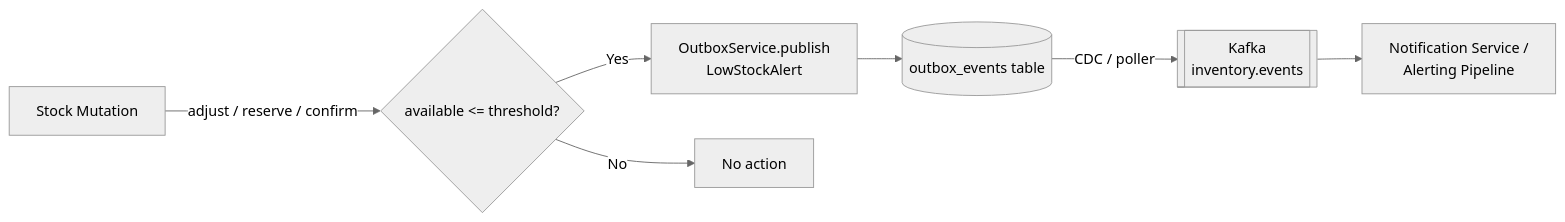
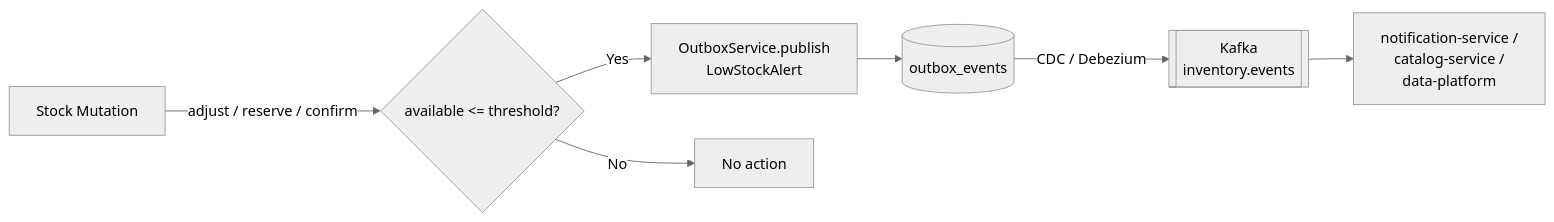
The seventh of 8 diagrams in services/inventory-service/README.md (sunitakeazycommerz-a11y/InstaCommerce), drawn with Mermaid (neutral theme) before and after one commit. The commit also changed other lines of this file and 554 other files, not shown here.

````diff
--- a/services/inventory-service/README.md
+++ b/services/inventory-service/README.md
@@ -178,9 +419,9 @@
 ```mermaid
 flowchart LR
     A[Stock Mutation] -->|adjust / reserve / confirm| B{available <= threshold?}
     B -->|Yes| C[OutboxService.publish<br/>LowStockAlert]
-    C --> D[(outbox_events table)]
-    D -->|CDC / poller| E[[Kafka<br/>inventory.events]]
-    E --> F[Notification Service /<br/>Alerting Pipeline]
+    C --> D[(outbox_events)]
+    D -->|CDC / Debezium| E[[Kafka<br/>inventory.events]]
+    E --> F[notification-service /<br/>catalog-service /<br/>data-platform]
     B -->|No| G[No action]
 ```
````
